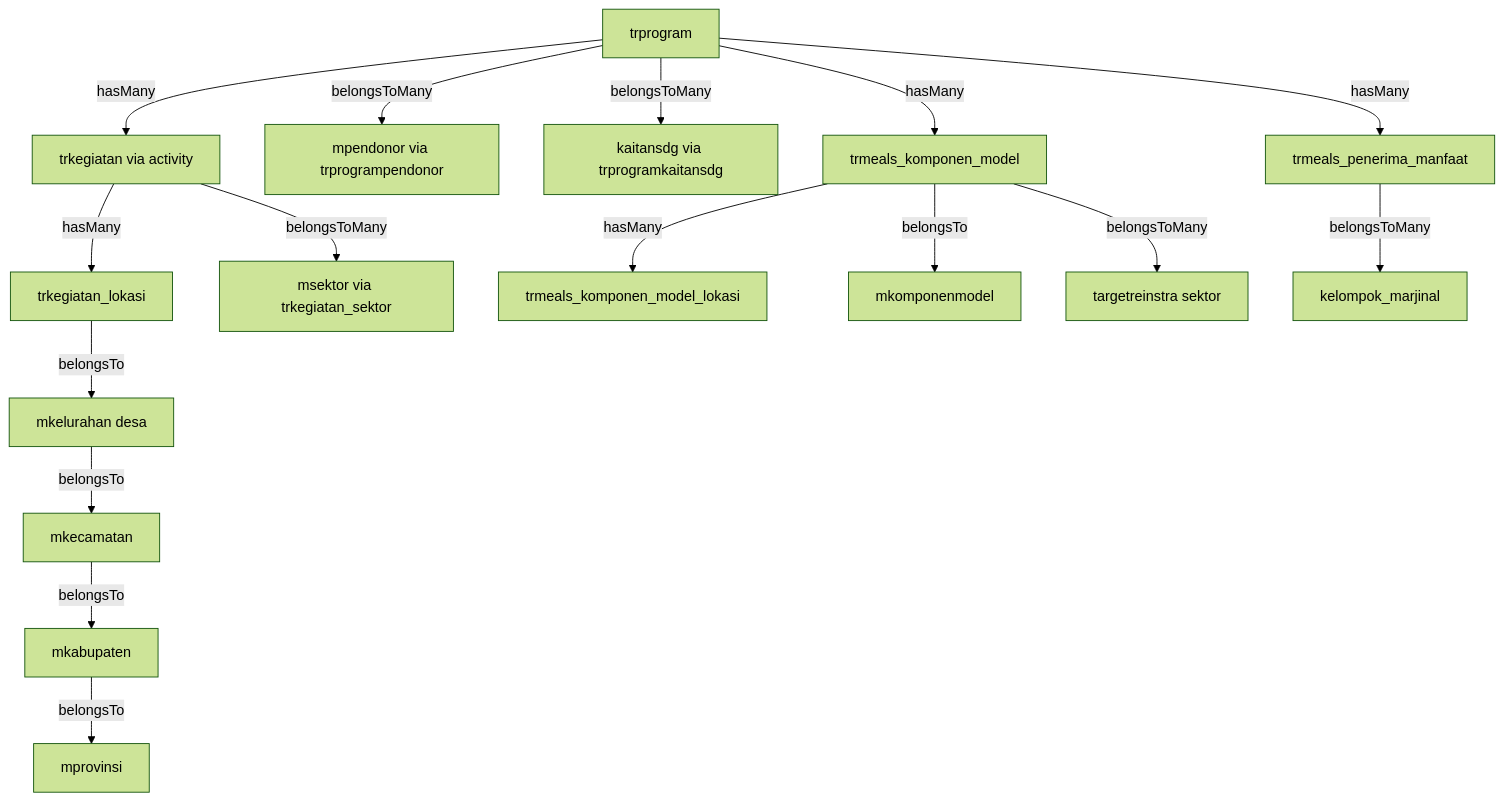
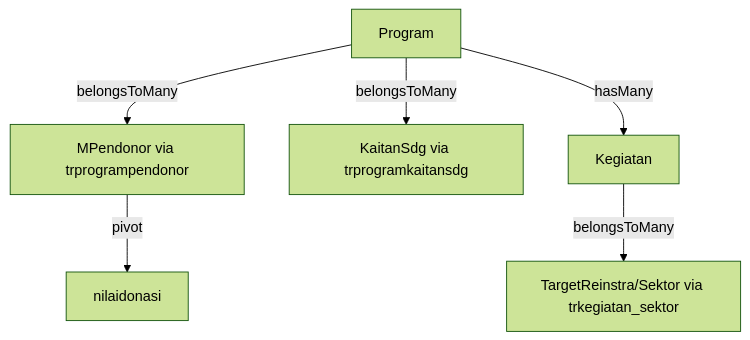
One commit to pancadharma/sistem-informasi-idep changed the diagram in project/docs/implementation_plan.md. Above: the diagram before and after it, drawn with Mermaid (forest theme). The commit also changed other lines of this file and 8 other files, not shown here.

````diff
--- a/project/docs/implementation_plan.md
+++ b/project/docs/implementation_plan.md
@@ -13,22 +11,9 @@
 ```mermaid
 graph TD
-    A[trprogram] -->|hasMany| B[trkegiatan via activity]
-    A -->|belongsToMany| C[mpendonor via trprogrampendonor]
-    A -->|belongsToMany| D[kaitansdg via trprogramkaitansdg]
-    A -->|hasMany| E[trmeals_komponen_model]
-    A -->|hasMany| F[trmeals_penerima_manfaat]
+    A[Program] -->|belongsToMany| B[MPendonor via trprogrampendonor]
+    A -->|belongsToMany| C[KaitanSdg via trprogramkaitansdg]
+    A -->|hasMany| D[Kegiatan]
+    D -->|belongsToMany| E[TargetReinstra/Sektor via trkegiatan_sektor]
 
-    B -->|hasMany| G[trkegiatan_lokasi]
-    B -->|belongsToMany| H[msektor via trkegiatan_sektor]
-
-    G -->|belongsTo| I[mkelurahan desa]
-    I -->|belongsTo| J[mkecamatan]
-    J -->|belongsTo| K[mkabupaten]
-    K -->|belongsTo| L[mprovinsi]
-
-    E -->|hasMany| M[trmeals_komponen_model_lokasi]
-    E -->|belongsTo| N[mkomponenmodel]
-    E -->|belongsToMany| O[targetreinstra sektor]
-
-    F -->|belongsToMany| P[kelompok_marjinal]
+    B -->|pivot| F[nilaidonasi]
 ```
````
